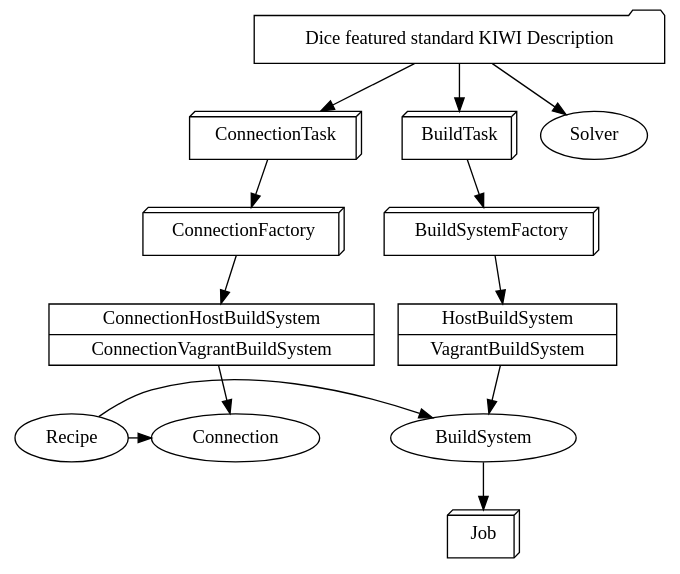
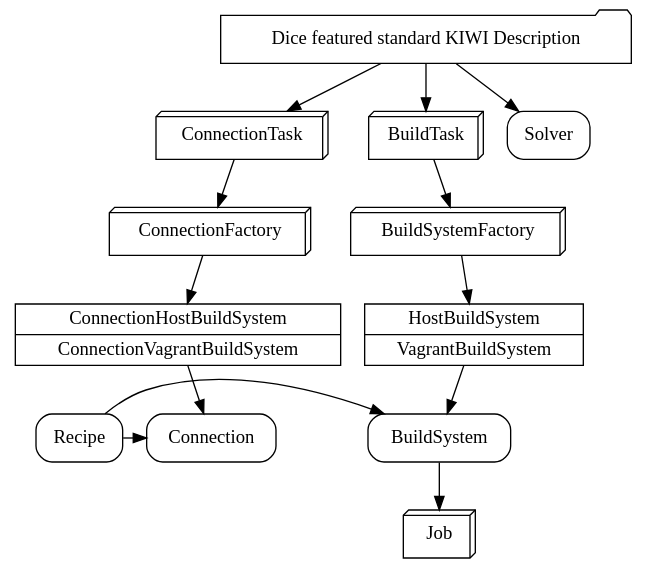
Before and after one commit to OSInside/dice: the diagram in .dice.dot, drawn with Graphviz.

Commit message:
Update dot graph style

```diff
--- a/.dice.dot
+++ b/.dice.dot
@@ -1,64 +1,66 @@
 // dot -Gsplines=ortho -Tpng -oMyGraph.png dice/.dice.dot
 
 digraph Dice {
   {
     node [shape=box3d]
     Job
     BuildSystemFactory
     ConnectionTask
     BuildTask
     ConnectionFactory
 //    Command
 //    DiceConfig
   }
   
   {
     node [shape=folder]
     Description [label="Dice featured standard KIWI Description"]
   }
 
   {
+    node [shape=box style=rounded]
 //    Logger
     Solver
     Recipe
     BuildSystem
+    Connection
   }
 
   {
     node [shape=record]
     BSFactory [label="{HostBuildSystem|VagrantBuildSystem}"]
   }
 
   {
     node [shape=record]
     CBSFactory [label="{ConnectionHostBuildSystem|ConnectionVagrantBuildSystem}"]
   }
 
 
   Description -> BuildTask
 
   Description -> ConnectionTask
 
   Description -> Solver
 
   BuildSystemFactory -> BSFactory
 
   BuildTask -> BuildSystemFactory
 
   BSFactory -> BuildSystem
 
   BuildSystem -> Job
 
   ConnectionFactory -> CBSFactory
 
   ConnectionTask -> ConnectionFactory
 
   CBSFactory -> Connection
 
   {rank=same; Recipe -> Connection}
   {rank=same; Recipe -> BuildSystem}
 
 
 //  DiceConfig -> Recipe
 
 }
```
